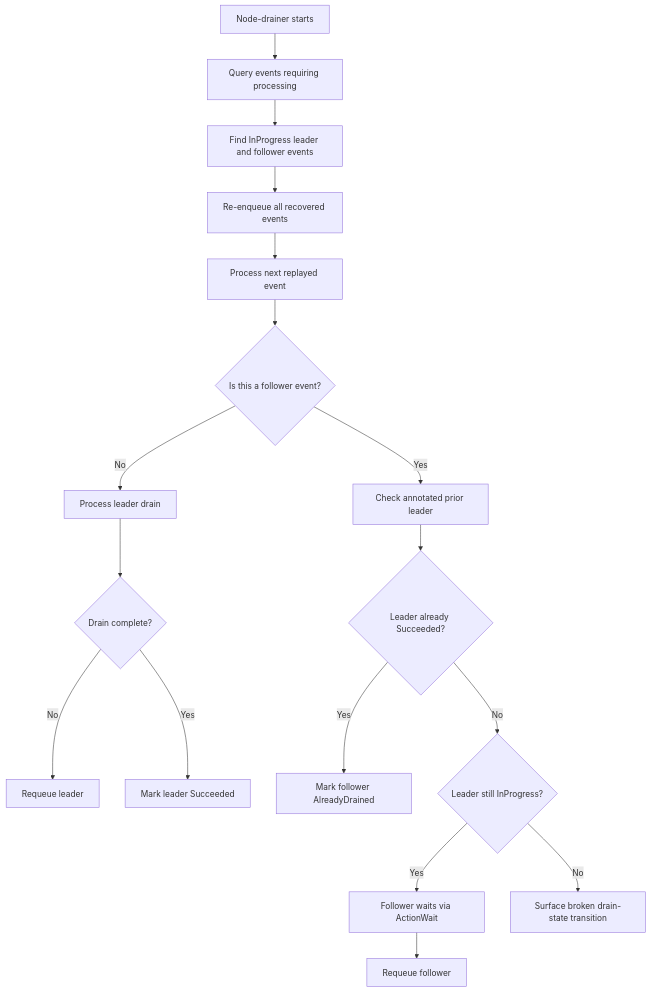
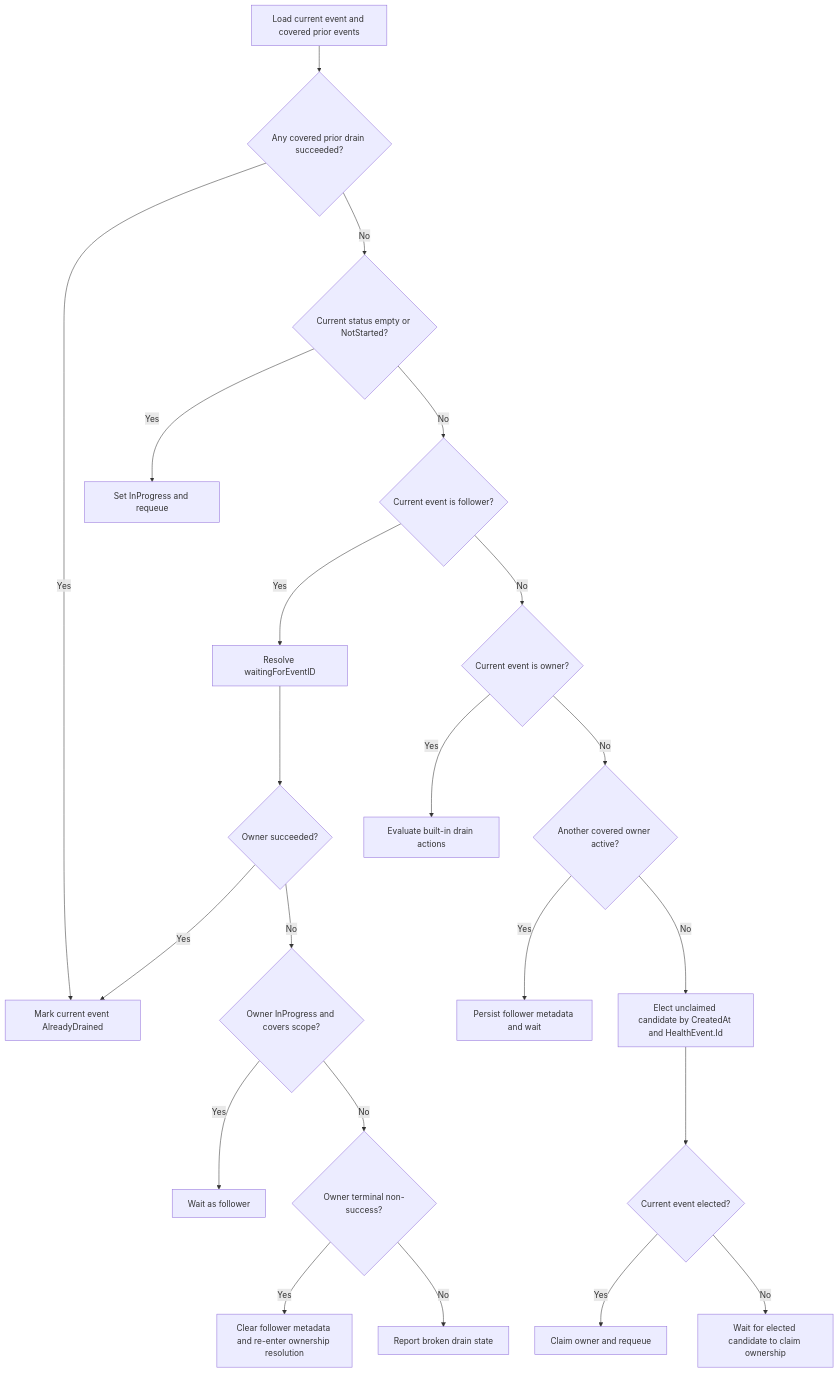
The diagram in docs/designs/040-node-drainer-overlapping-built-in-drains.md (XRFXLP/NVSentinel), drawn with Mermaid before and after one commit. The commit also changed other lines of this file, not shown here.

````diff
--- a/docs/designs/040-node-drainer-overlapping-built-in-drains.md
+++ b/docs/designs/040-node-drainer-overlapping-built-in-drains.md
@@ -157,19 +67,24 @@
 ```mermaid
 flowchart TD
-    Restart[Node-drainer starts] --> Query[Query events requiring processing]
-    Query --> Found[Find InProgress leader and follower events]
-    Found --> EnqueueAll[Re-enqueue all recovered events]
-    EnqueueAll --> NextEvent[Process next replayed event]
-    NextEvent --> IsFollower{Is this a follower event?}
-    IsFollower -->|No| ProcessLeader[Process leader drain]
-    ProcessLeader --> LeaderDone{Drain complete?}
-    LeaderDone -->|No| RequeueLeader[Requeue leader]
-    LeaderDone -->|Yes| MarkSucceeded[Mark leader Succeeded]
-    IsFollower -->|Yes| CheckLeader[Check annotated prior leader]
-    CheckLeader --> LeaderSucceeded{Leader already Succeeded?}
-    LeaderSucceeded -->|Yes| MarkAlready[Mark follower AlreadyDrained]
-    LeaderSucceeded -->|No| LeaderActive{Leader still InProgress?}
-    LeaderActive -->|Yes| WaitFollower[Follower waits via ActionWait]
-    WaitFollower --> RequeueFollower[Requeue follower]
-    LeaderActive -->|No| BrokenState[Surface broken drain-state transition]
+    Start[Load current event and covered prior events] --> Completed{Any covered prior drain succeeded?}
+    Completed -->|Yes| AlreadyDrained[Mark current event AlreadyDrained]
+    Completed -->|No| NeedsProgress{Current status empty or NotStarted?}
+    NeedsProgress -->|Yes| InitProgress[Set InProgress and requeue]
+    NeedsProgress -->|No| IsFollower{Current event is follower?}
+    IsFollower -->|Yes| ResolveOwner[Resolve waitingForEventID]
+    ResolveOwner --> OwnerSucceeded{Owner succeeded?}
+    OwnerSucceeded -->|Yes| AlreadyDrained
+    OwnerSucceeded -->|No| OwnerActive{Owner InProgress and covers scope?}
+    OwnerActive -->|Yes| WaitFollower[Wait as follower]
+    OwnerActive -->|No| OwnerTerminal{Owner terminal non-success?}
+    OwnerTerminal -->|Yes| ClearFollower[Clear follower metadata and re-enter ownership resolution]
+    OwnerTerminal -->|No| Broken[Report broken drain state]
+    IsFollower -->|No| IsOwner{Current event is owner?}
+    IsOwner -->|Yes| EvaluateDrain[Evaluate built-in drain actions]
+    IsOwner -->|No| CoveredOwner{Another covered owner active?}
+    CoveredOwner -->|Yes| MarkFollower[Persist follower metadata and wait]
+    CoveredOwner -->|No| Elect[Elect unclaimed candidate by CreatedAt and HealthEvent.Id]
+    Elect --> CurrentElected{Current event elected?}
+    CurrentElected -->|Yes| ClaimOwner[Claim owner and requeue]
+    CurrentElected -->|No| WaitCandidate[Wait for elected candidate to claim ownership]
 ```
````
